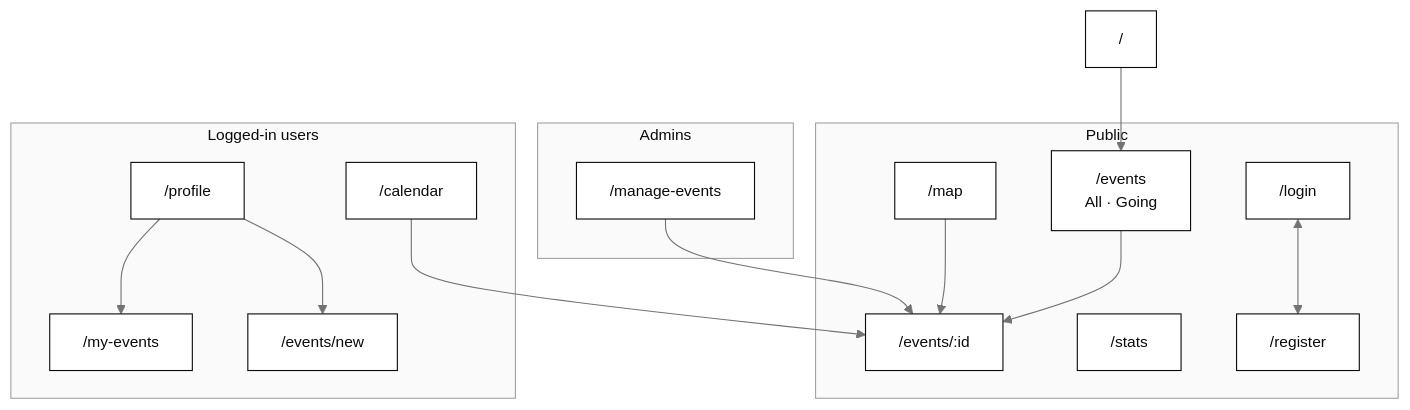
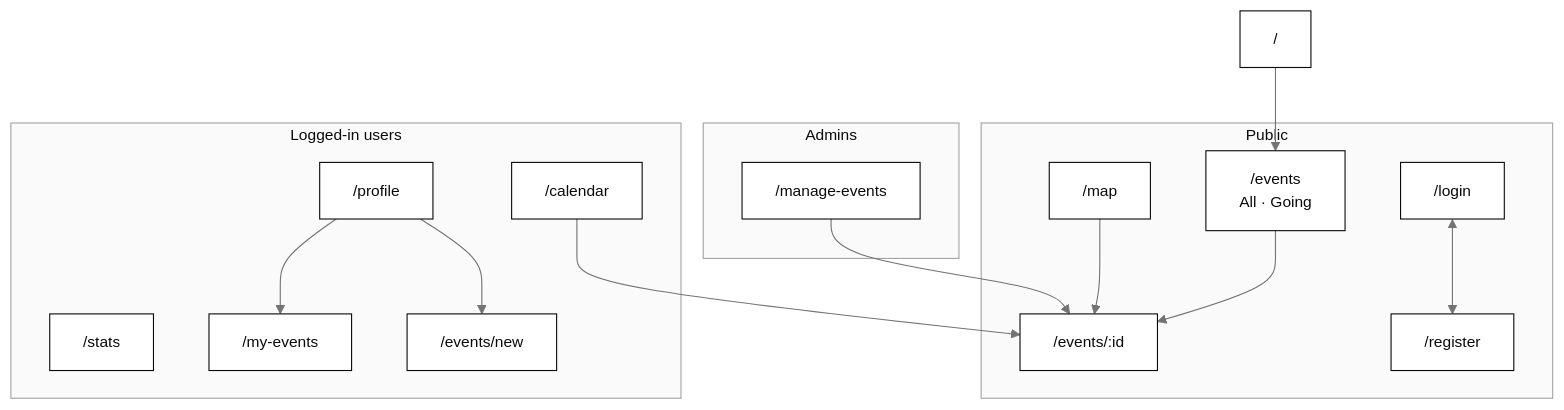
One commit to juannarowe/artroute changed the sixth of 9 diagrams in README.md. Above: the diagram before and after it, drawn with Mermaid. The commit also changed other lines of this file, not shown here.

Commit message:
docs: show public vs protected routes and event visibility in the diagrams

````diff
--- a/README.md
+++ b/README.md
@@ -250,29 +287,29 @@
 ```mermaid
 %%{init: {"theme": "base", "themeVariables": {"fontFamily": "ui-sans-serif, system-ui, sans-serif", "fontSize": "14px", "primaryColor": "#ffffff", "primaryTextColor": "#0a0a0a", "primaryBorderColor": "#0a0a0a", "secondaryColor": "#f5f5f5", "tertiaryColor": "#fafafa", "lineColor": "#737373", "textColor": "#737373", "clusterBkg": "#fafafa", "clusterBorder": "#a3a3a3", "titleColor": "#0a0a0a", "edgeLabelBackground": "#ffffff", "actorBkg": "#ffffff", "actorBorder": "#0a0a0a", "actorTextColor": "#0a0a0a", "actorLineColor": "#a3a3a3", "signalColor": "#737373", "signalTextColor": "#737373", "noteBkgColor": "#f5f5f5", "noteBorderColor": "#a3a3a3", "noteTextColor": "#0a0a0a", "labelBoxBkgColor": "#ffffff", "labelBoxBorderColor": "#0a0a0a", "labelTextColor": "#0a0a0a", "loopTextColor": "#737373", "activationBkgColor": "#f5f5f5", "activationBorderColor": "#0a0a0a", "attributeBackgroundColorOdd": "#ffffff", "attributeBackgroundColorEven": "#f5f5f5"}}}%%
 flowchart TB
   home["/"] --> sEvents
   subgraph public ["Public"]
     sEvents["/events<br/>All · Going"]
     sDetail["/events/:id"]
     sMap["/map"]
-    sStats["/stats"]
     sLogin["/login"]
     sRegister["/register"]
   end
   subgraph loggedIn ["Logged-in users"]
     sCalendar["/calendar"]
+    sStats["/stats"]
     sProfile["/profile"]
     sMyEvents["/my-events"]
     sCreate["/events/new"]
   end
   subgraph admins ["Admins"]
     sManage["/manage-events"]
   end
   sEvents --> sDetail
   sMap --> sDetail
   sCalendar --> sDetail
   sLogin <--> sRegister
   sProfile --> sMyEvents
   sProfile --> sCreate
   sManage --> sDetail
 ```
````
